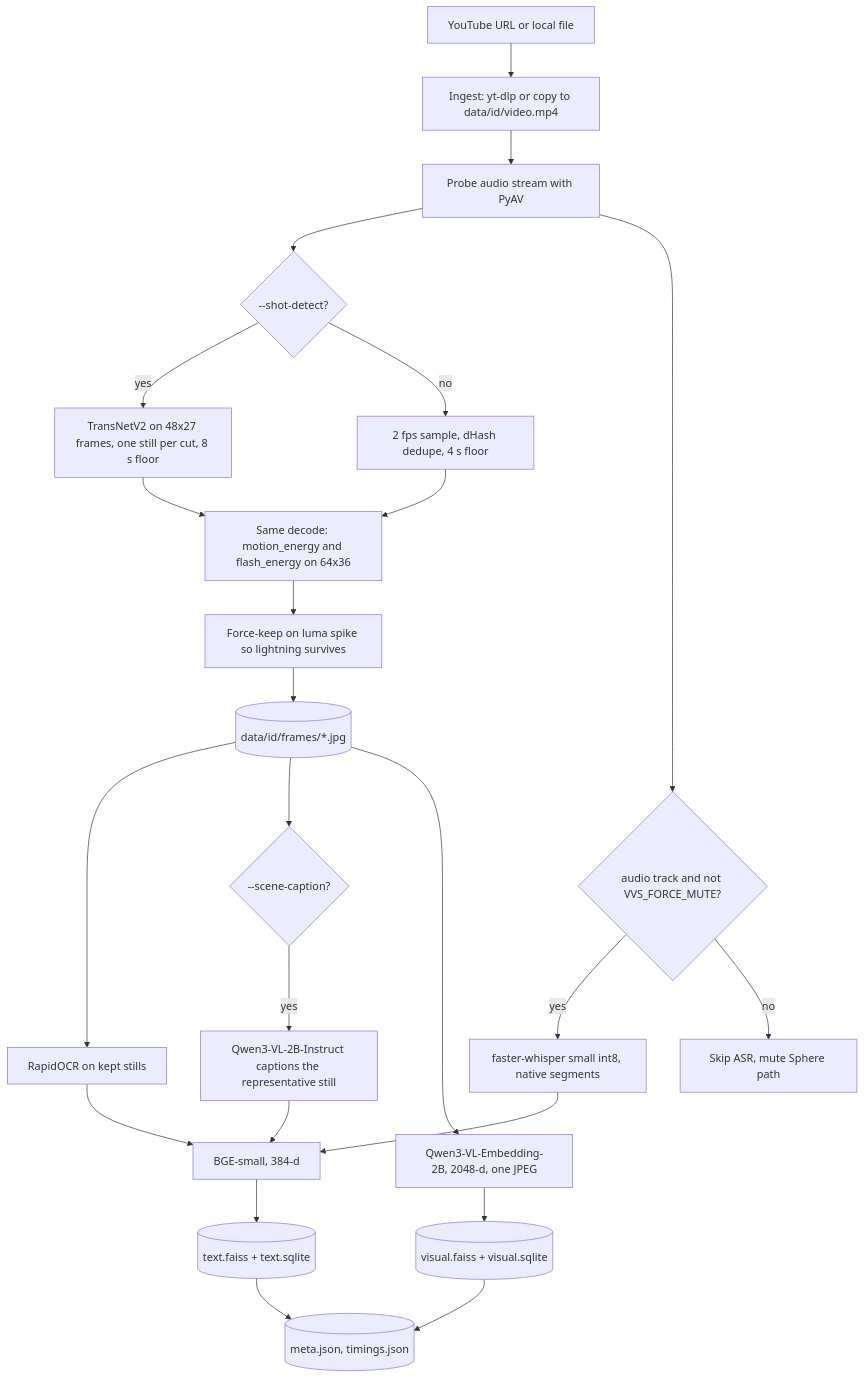
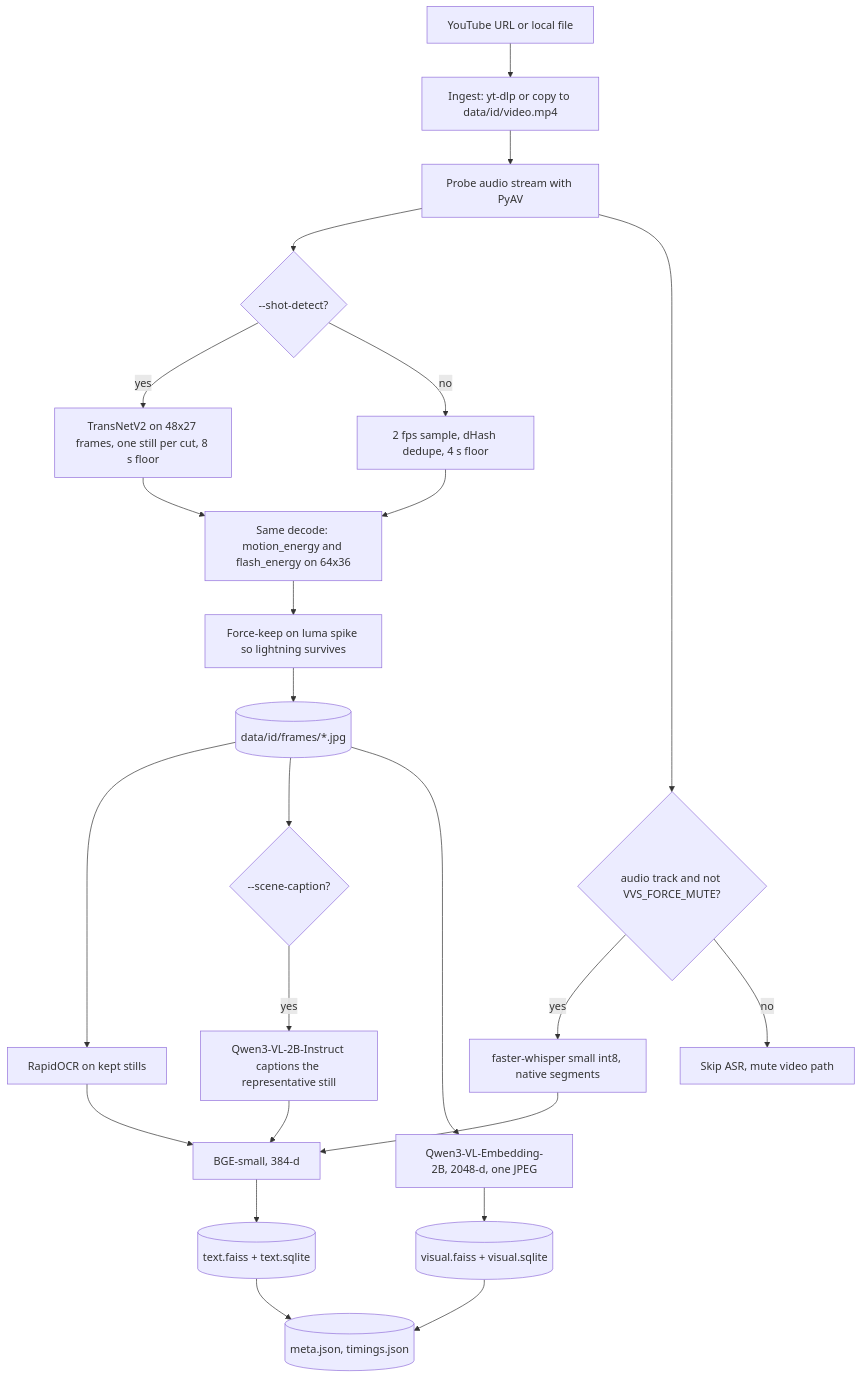
The diagram in docs/diagrams/proto-4-1-analyze-pipeline.mmd (smarthi/voice-video-search), drawn with Mermaid before and after one commit. The commit also changed 33 other files, not shown here.

```diff
--- a/docs/diagrams/proto-4-1-analyze-pipeline.mmd
+++ b/docs/diagrams/proto-4-1-analyze-pipeline.mmd
@@ -1,24 +1,24 @@
 flowchart TB
   SRC["YouTube URL or local file"] --> ING["Ingest: yt-dlp or copy to data/id/video.mp4"]
   ING --> PROBE["Probe audio stream with PyAV"]
   PROBE --> SHOTS{"--shot-detect?"}
   SHOTS -->|yes| TN["TransNetV2 on 48x27 frames, one still per cut, 8 s floor"]
   SHOTS -->|no| TWO["2 fps sample, dHash dedupe, 4 s floor"]
   TN --> MO["Same decode: motion_energy and flash_energy on 64x36"]
   TWO --> MO
   MO --> FK["Force-keep on luma spike so lightning survives"]
   FK --> JPG[("data/id/frames/*.jpg")]
   PROBE --> ASR{"audio track and not VVS_FORCE_MUTE?"}
   ASR -->|yes| WH["faster-whisper small int8, native segments"]
-  ASR -->|no| MUTE["Skip ASR, mute Sphere path"]
+  ASR -->|no| MUTE["Skip ASR, mute video path"]
   JPG --> OCR["RapidOCR on kept stills"]
   JPG --> SC{"--scene-caption?"}
   SC -->|yes| CAP["Qwen3-VL-2B-Instruct captions the representative still"]
   JPG --> QV["Qwen3-VL-Embedding-2B, 2048-d, one JPEG"]
   QV --> VF[("visual.faiss + visual.sqlite")]
   OCR --> BGE["BGE-small, 384-d"]
   WH --> BGE
   CAP --> BGE
   BGE --> TF[("text.faiss + text.sqlite")]
   VF --> META[("meta.json, timings.json")]
   TF --> META
```
